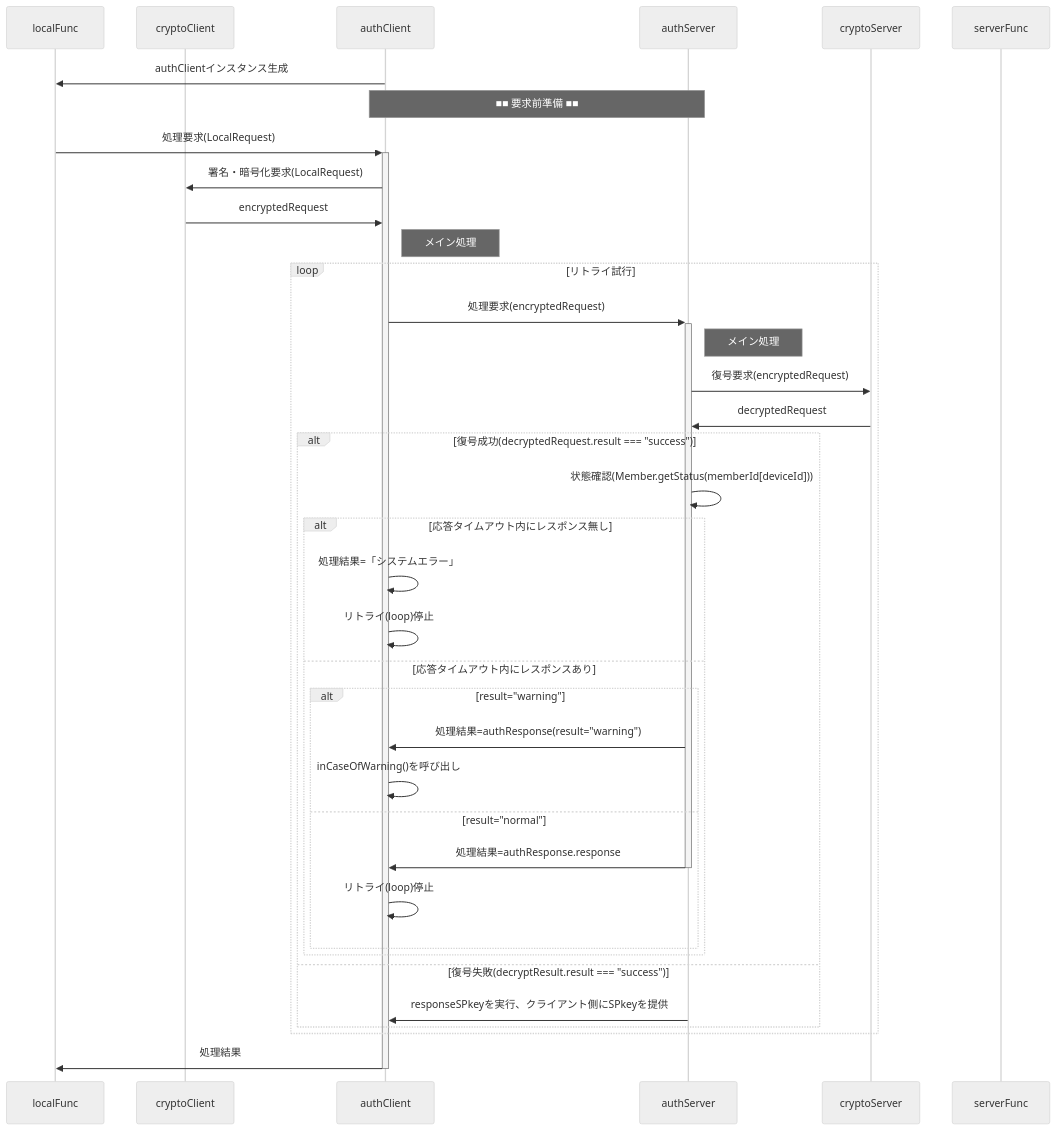
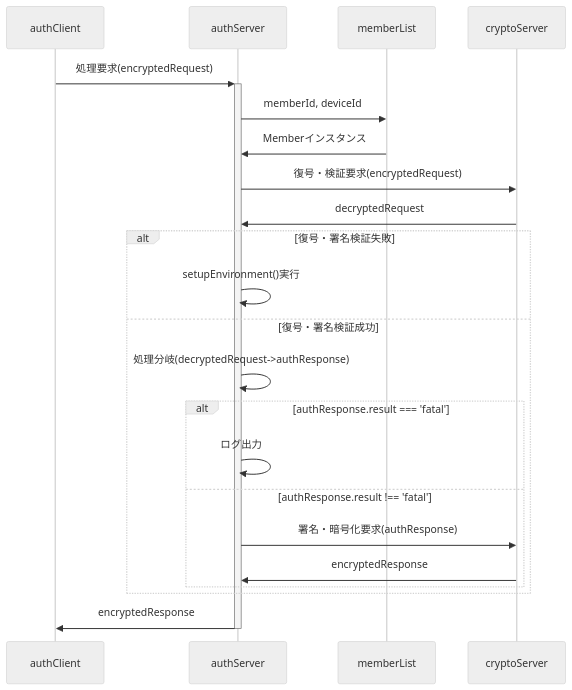
Before and after one commit to nakaone/library: the diagram in underDev/Auth/doc/authServer.md, drawn with Mermaid (neutral theme). The commit also changed other lines of this file and 12 other files, not shown here.

````diff
--- a/underDev/Auth/doc/authServer.md
+++ b/underDev/Auth/doc/authServer.md
@@ -8,48 +49,39 @@
 ```mermaid
 sequenceDiagram
+
   %%actor user
-  participant localFunc
+  %%participant localFunc
   %%participant clientMail
-  participant cryptoClient
+  %%participant cryptoClient
   %%participant IndexedDB
   participant authClient
   participant authServer
-  %%participant memberList
+  participant memberList
   participant cryptoServer
-  participant serverFunc
+  %%participant serverFunc
   %%actor admin
 
+  authClient->>+authServer: 処理要求(encryptedRequest)
+
+  authServer->>memberList: memberId, deviceId
+  memberList->>authServer: Memberインスタンス
+
+  authServer->>cryptoServer: 復号・検証要求(encryptedRequest)
+  cryptoServer->>authServer: decryptedRequest
+
+  alt 復号・署名検証失敗
+    authServer->>authServer: setupEnvironment()実行
+  else 復号・署名検証成功
+    authServer->>authServer: 処理分岐(decryptedRequest->authResponse)
+
+    alt authResponse.result === 'fatal'
+      authServer->>authServer: ログ出力
+    else authResponse.result !== 'fatal'
+      authServer->>cryptoServer: 署名・暗号化要求(authResponse)
+      cryptoServer->>authServer: encryptedResponse
+    end
+  end
 
 
-  authClient->>localFunc: authClientインスタンス生成
-  Note over authClient,authServer: ■■ 要求前準備 ■■
-  localFunc->>+authClient: 処理要求(LocalRequest)
-  authClient->>cryptoClient: 署名・暗号化要求(LocalRequest)
-  cryptoClient->>authClient: encryptedRequest
-  Note right of authClient: メイン処理
-
-  loop リトライ試行
-    authClient->>+authServer: 処理要求(encryptedRequest)
-    Note right of authServer: メイン処理
-    authServer->>cryptoServer:復号要求(encryptedRequest)
-    cryptoServer->>authServer: decryptedRequest
-    alt 復号成功(decryptedRequest.result === "success")
-      authServer->>authServer: 状態確認(Member.getStatus(memberId[deviceId]))
-      alt 応答タイムアウト内にレスポンス無し
-        authClient->>authClient: 処理結果=「システムエラー」
-        authClient->>authClient: リトライ(loop)停止
-      else 応答タイムアウト内にレスポンスあり
-        alt result="warning"
-          authServer->>authClient: 処理結果=authResponse(result="warning")
-          authClient->>authClient: inCaseOfWarning()を呼び出し
-        else result="normal"
-          authServer->>-authClient: 処理結果=authResponse.response
-          authClient->>authClient: リトライ(loop)停止
-        end
-      end
-    else 復号失敗(decryptResult.result === "success")
-      authServer->>authClient: responseSPkeyを実行、クライアント側にSPkeyを提供
-    end
-  end
-  authClient->>-localFunc: 処理結果
+  authServer->>-authClient: encryptedResponse
 ```
````
